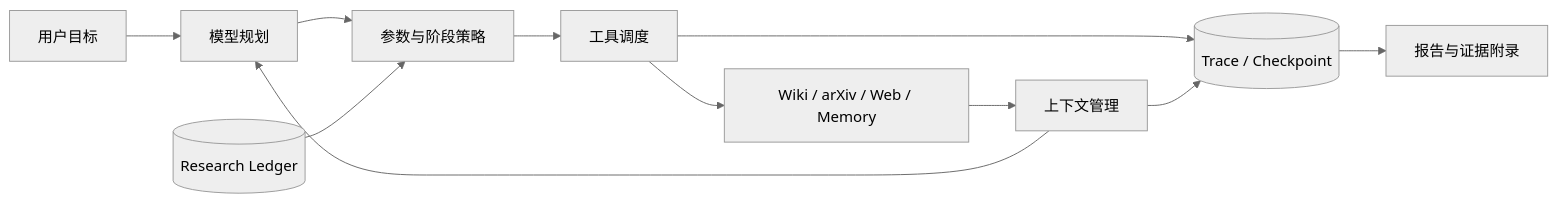
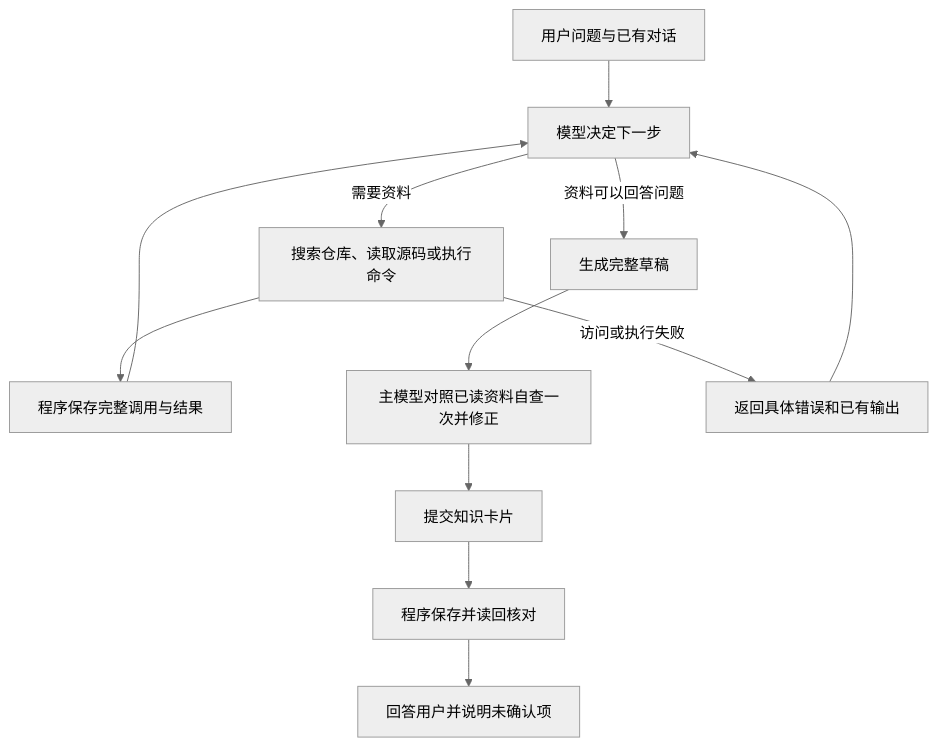
One commit to ouchfys/LLM-WIKI changed the diagram in README.md. Above: the diagram before and after it, drawn with Mermaid (neutral theme). The commit also changed other lines of this file and 203 other files, not shown here.

````diff
--- a/README.md
+++ b/README.md
@@ -43,14 +62,14 @@
 ```mermaid
-flowchart LR
-    U[用户目标] --> P[模型规划]
-    P --> G[参数与阶段策略]
-    G --> S[工具调度]
-    S --> T[Wiki / arXiv / Web / Memory]
-    T --> C[上下文管理]
-    C --> P
-
-    L[(Research Ledger)] --> G
-    S --> R[(Trace / Checkpoint)]
-    C --> R
-    R --> O[报告与证据附录]
+flowchart TD
+    A[用户问题与已有对话] --> B[模型决定下一步]
+    B -->|需要资料| C[搜索仓库、读取源码或执行命令]
+    C --> D[程序保存完整调用与结果]
+    D --> B
+    B -->|资料可以回答问题| E[生成完整草稿]
+    E --> F[主模型对照已读资料自查一次并修正]
+    F --> G[提交知识卡片]
+    G --> H[程序保存并读回核对]
+    H --> I[回答用户并说明未确认项]
+    C -->|访问或执行失败| J[返回具体错误和已有输出]
+    J --> B
 ```
````
